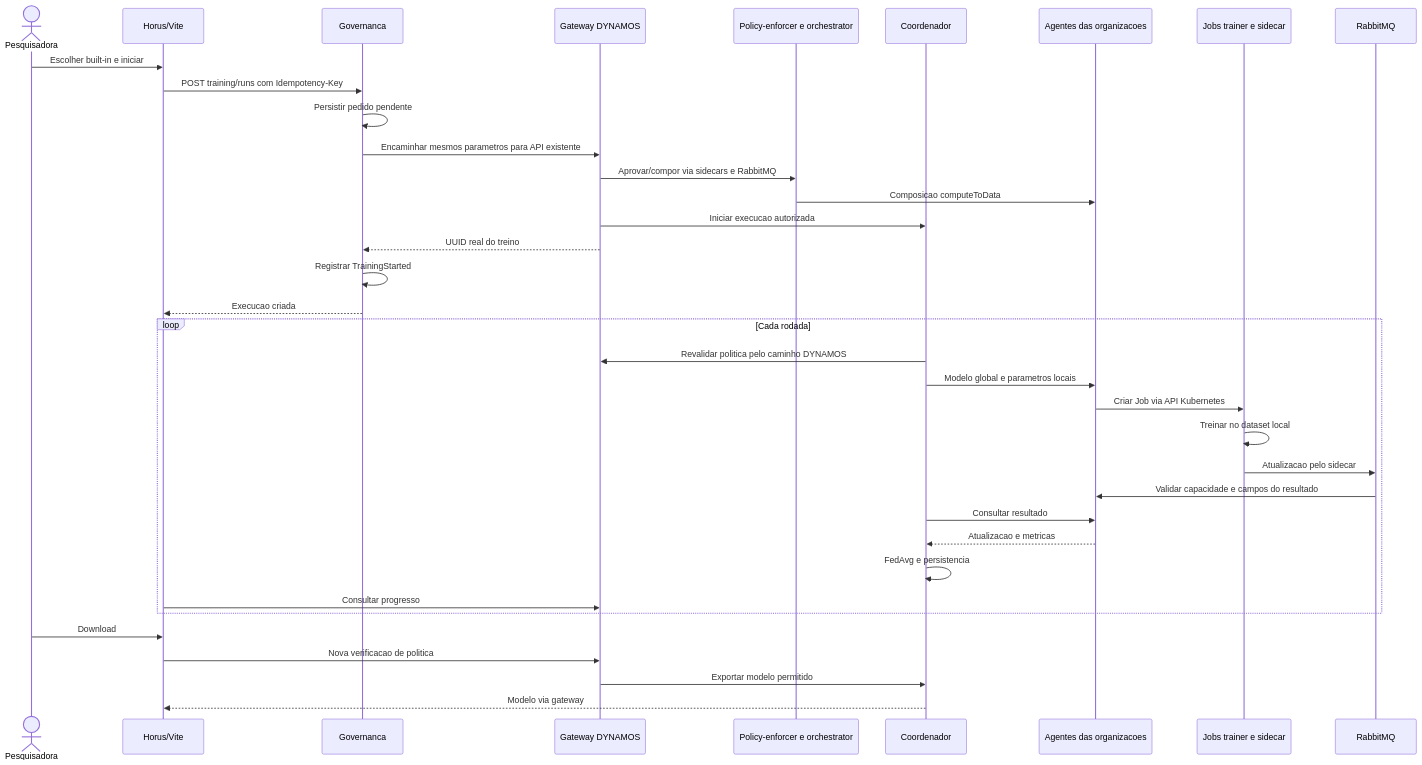
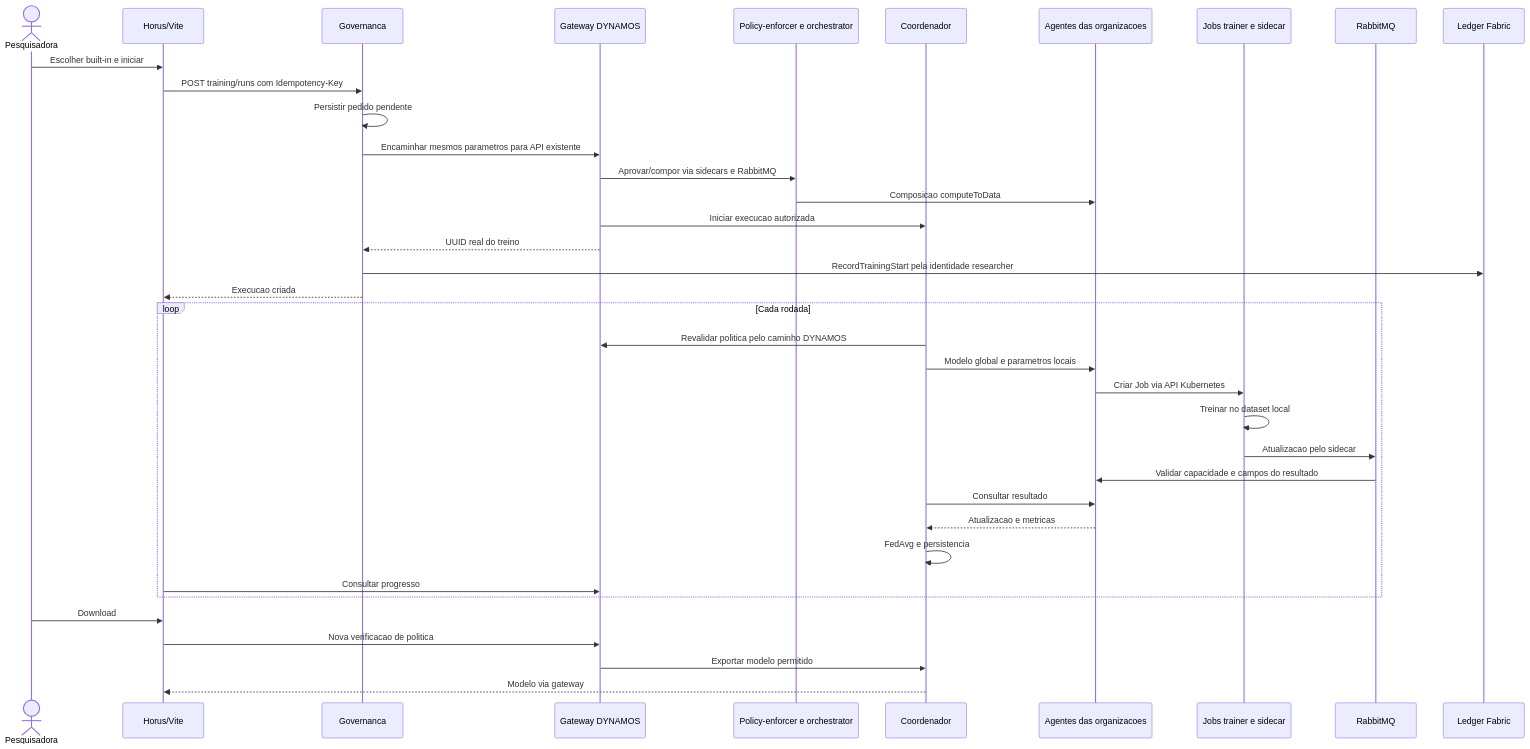
The third of 4 diagrams in docs/HORUS_GUIA_COMPLETO.md (meiryleneavelino/ProjectMeiry), drawn with Mermaid before and after one commit. The commit also changed other lines of this file and 163 other files, not shown here.

````diff
--- a/docs/HORUS_GUIA_COMPLETO.md
+++ b/docs/HORUS_GUIA_COMPLETO.md
@@ -526,38 +584,39 @@
 ```mermaid
 sequenceDiagram
     actor Pesquisadora
     participant H as Horus/Vite
     participant G as Governanca
     participant D as Gateway DYNAMOS
     participant P as Policy-enforcer e orchestrator
     participant C as Coordenador
     participant A as Agentes das organizacoes
     participant J as Jobs trainer e sidecar
     participant R as RabbitMQ
+    participant L as Ledger Fabric
     Pesquisadora->>H: Escolher built-in e iniciar
     H->>G: POST training/runs com Idempotency-Key
     G->>G: Persistir pedido pendente
     G->>D: Encaminhar mesmos parametros para API existente
     D->>P: Aprovar/compor via sidecars e RabbitMQ
     P->>A: Composicao computeToData
     D->>C: Iniciar execucao autorizada
     D-->>G: UUID real do treino
-    G->>G: Registrar TrainingStarted
+    G->>L: RecordTrainingStart pela identidade researcher
     G-->>H: Execucao criada
     loop Cada rodada
         C->>D: Revalidar politica pelo caminho DYNAMOS
         C->>A: Modelo global e parametros locais
         A->>J: Criar Job via API Kubernetes
         J->>J: Treinar no dataset local
         J->>R: Atualizacao pelo sidecar
         R->>A: Validar capacidade e campos do resultado
         C->>A: Consultar resultado
         A-->>C: Atualizacao e metricas
         C->>C: FedAvg e persistencia
         H->>D: Consultar progresso
     end
     Pesquisadora->>H: Download
     H->>D: Nova verificacao de politica
     D->>C: Exportar modelo permitido
     C-->>H: Modelo via gateway
 ```
````
